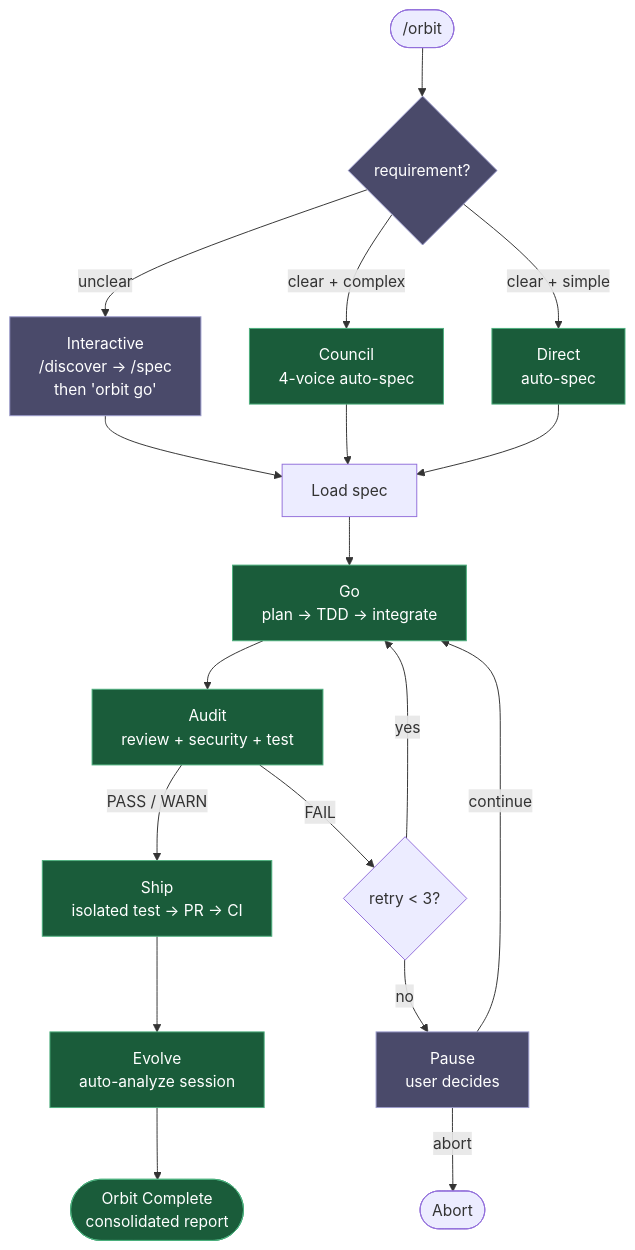
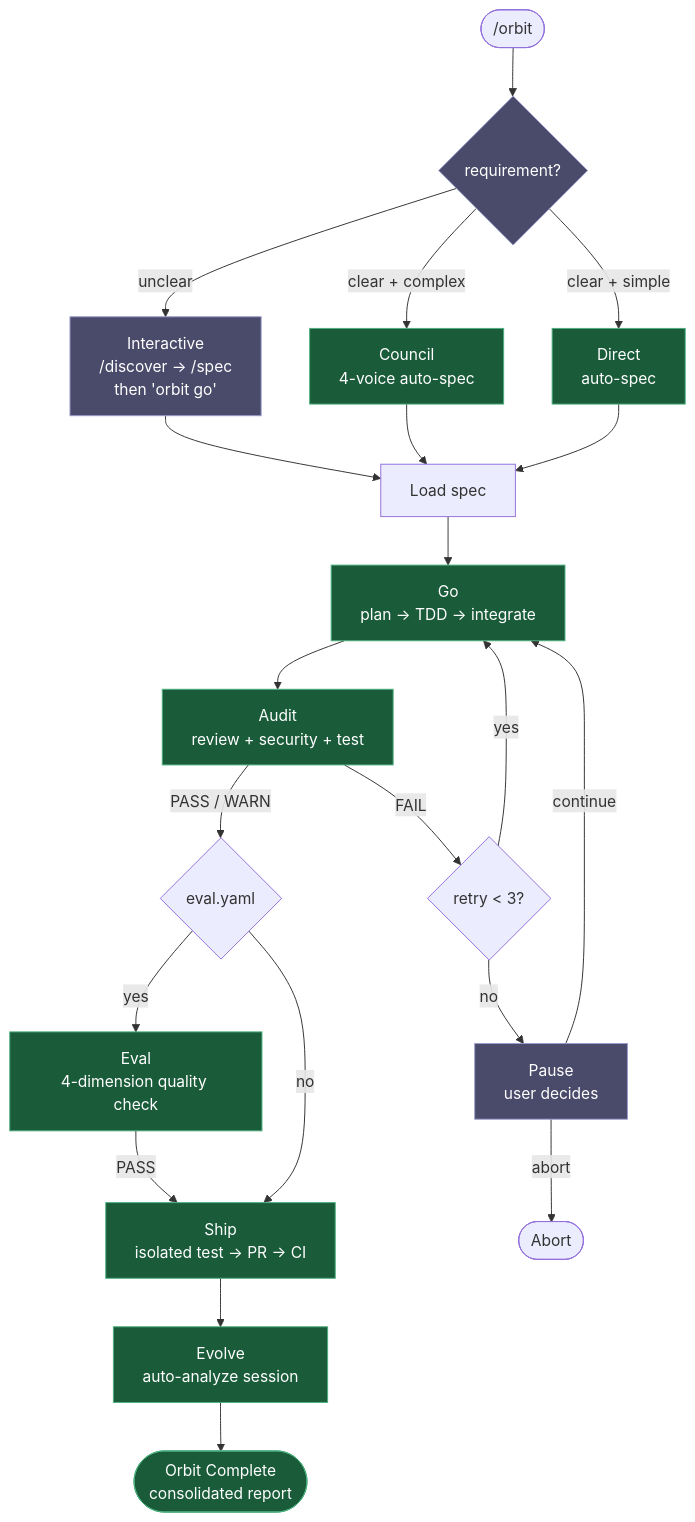
Before and after one commit to epicsagas/epic-harness: the first of 2 diagrams in i18n/ko/README.md, drawn with Mermaid. The commit also changed other lines of this file and 10 other files, not shown here.

````diff
--- a/i18n/ko/README.md
+++ b/i18n/ko/README.md
@@ -188,23 +189,26 @@
 ```mermaid
 flowchart TD
     START(["/orbit"]) --> MODE{"requirement?"}:::human
     MODE -->|"unclear"| WAIT["Interactive\n/discover → /spec\nthen 'orbit go'"]:::human
     MODE -->|"clear + complex"| COUNCIL["Council\n4-voice auto-spec"]:::auto
     MODE -->|"clear + simple"| DIRECT["Direct\nauto-spec"]:::auto
     WAIT --> SPEC_LOAD["Load spec"]
     COUNCIL --> SPEC_LOAD
     DIRECT --> SPEC_LOAD
     SPEC_LOAD --> GO["Go\nplan → TDD → integrate"]:::auto
     GO --> AUDIT["Audit\nreview + security + test"]:::auto
-    AUDIT -->|"PASS / WARN"| SHIP["Ship\nisolated test → PR → CI"]:::auto
+    AUDIT -->|"PASS / WARN"| EVAL{"eval.yaml"}
+    EVAL -->|"yes"| EVAL_RUN["Eval\n4-dimension quality check"]:::auto
+    EVAL_RUN -->|"PASS"| SHIP["Ship\nisolated test → PR → CI"]:::auto
+    EVAL -->|"no"| SHIP["Ship\nisolated test → PR → CI"]:::auto
     AUDIT -->|FAIL| RETRY{"retry < 3?"}
     RETRY -->|yes| GO
     RETRY -->|no| PAUSE["Pause\nuser decides"]:::human
     PAUSE -->|continue| GO
     PAUSE -->|abort| ABORT(["Abort"])
     SHIP --> EVOLVE["Evolve\nauto-analyze session"]:::auto
     EVOLVE --> DONE(["Orbit Complete\nconsolidated report"]):::auto
 
     classDef human fill:#4a4a6a,stroke:#9b9bcc,color:#fff
     classDef auto  fill:#1a5c3a,stroke:#4caf7d,color:#fff
 ```
````
